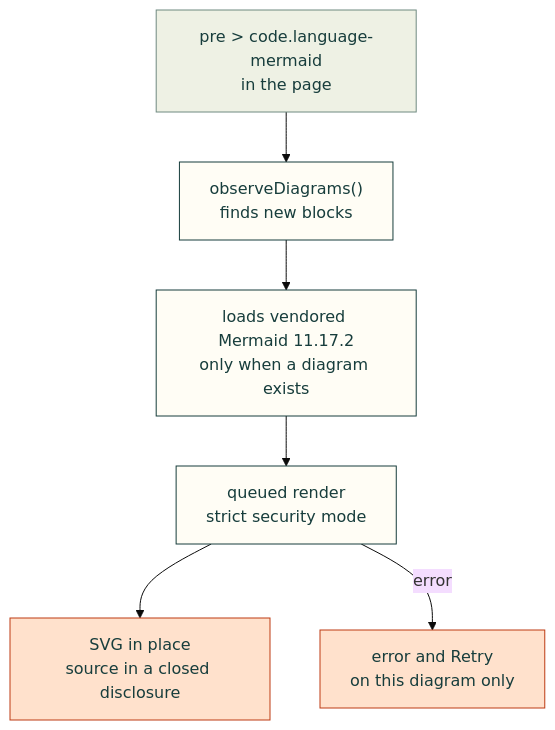
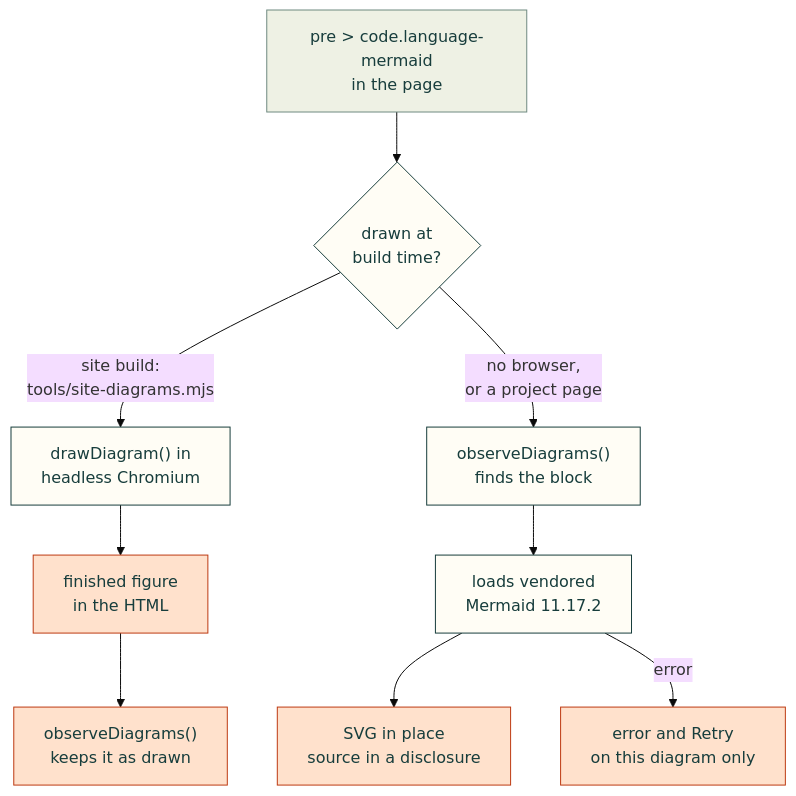
The diagram in docs/web-diagrams.md (Valpatel/cad-agent), drawn with Mermaid (base theme) before and after one commit. The commit also changed other lines of this file and 11 other files, not shown here.

First line of the commit message:
site: draw Mermaid diagrams at build time (#132)

````diff
--- a/docs/web-diagrams.md
+++ b/docs/web-diagrams.md
@@ -15,14 +15,17 @@
 ```mermaid
 flowchart TD
-    S["pre > code.language-mermaid<br/>in the page"] --> O["observeDiagrams()<br/>finds new blocks"]
-    O --> L["loads vendored Mermaid 11.17.2<br/>only when a diagram exists"]
-    L --> Q["queued render<br/>strict security mode"]
-    Q --> V["SVG in place<br/>source in a closed disclosure"]
-    Q -->|"error"| E["error and Retry<br/>on this diagram only"]
+    S["pre > code.language-mermaid<br/>in the page"] --> B{"drawn at<br/>build time?"}
+    B -->|"site build:<br/>tools/site-diagrams.mjs"| H["drawDiagram() in<br/>headless Chromium"]
+    H --> F["finished figure<br/>in the HTML"]
+    B -->|"no browser,<br/>or a project page"| O["observeDiagrams()<br/>finds the block"]
+    O --> L["loads vendored<br/>Mermaid 11.17.2"]
+    L --> V["SVG in place<br/>source in a disclosure"]
+    L -->|"error"| E["error and Retry<br/>on this diagram only"]
+    F --> K["observeDiagrams()<br/>keeps it as drawn"]
     classDef here fill:#fffdf5,stroke:#173d3c,color:#173d3c
     classDef near fill:#eef1e4,stroke:#6f8a80,color:#173d3c
     classDef out fill:#ffe1cc,stroke:#bd3a12,color:#173d3c
-    class O,L,Q here
+    class B,H,O,L here
     class S near
-    class V,E out
+    class F,K,V,E out
 ```
````
